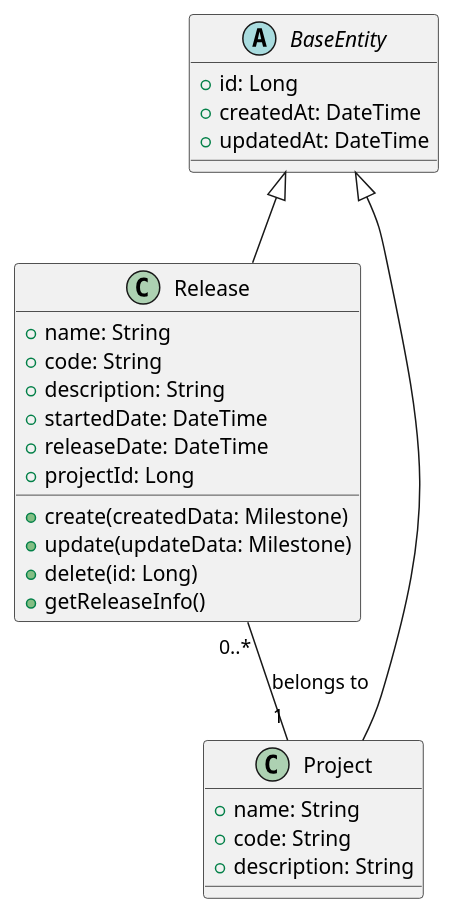
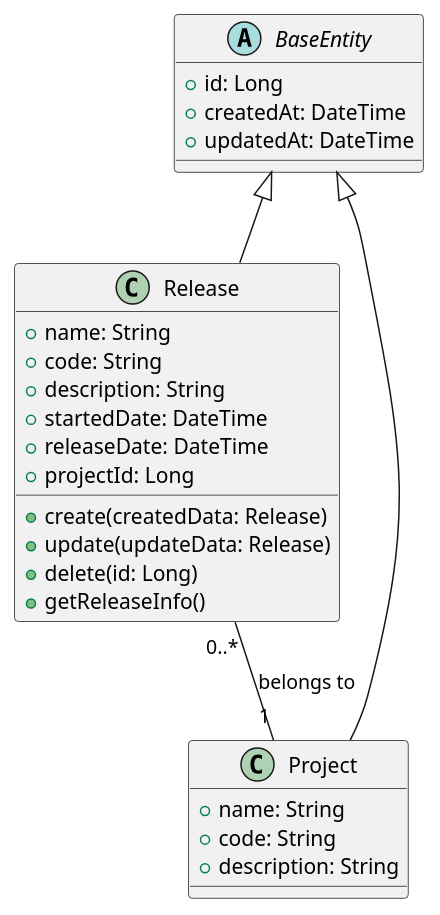
The diagram in SWE102x/Assignment2/Release.plantuml (nguyentanphat8694/LearningAssigment), drawn with PlantUML before and after one commit. The commit also changed 6 other files, not shown here.

```diff
--- a/SWE102x/Assignment2/Release.plantuml
+++ b/SWE102x/Assignment2/Release.plantuml
@@ -1,29 +1,29 @@
 @startuml
 abstract class BaseEntity {
   +id: Long
   +createdAt: DateTime
   +updatedAt: DateTime
 }
 
 class Release {
   + name: String
   + code: String
   + description: String
   + startedDate: DateTime
   + releaseDate: DateTime
   + projectId: Long
 
-  + create(createdData: Milestone)
-  + update(updateData: Milestone)
+  + create(createdData: Release)
+  + update(updateData: Release)
   + delete(id: Long)
   + getReleaseInfo()
 }
 class Project {
   +name: String
   +code: String
   +description: String
 }
 BaseEntity <|-- Release
 BaseEntity <|-- Project
 Release "0..*" -- "1" Project : belongs to
 @enduml
```
